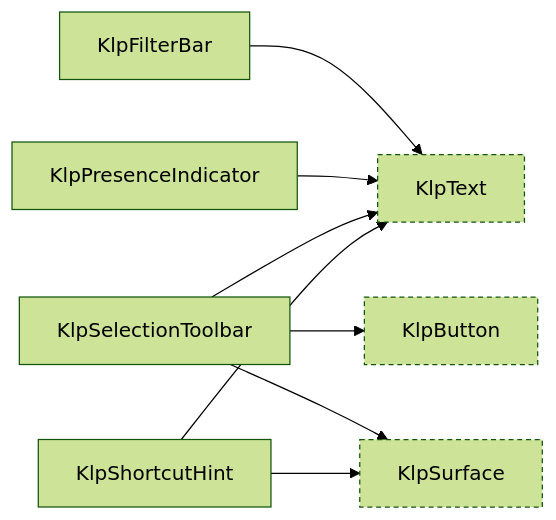
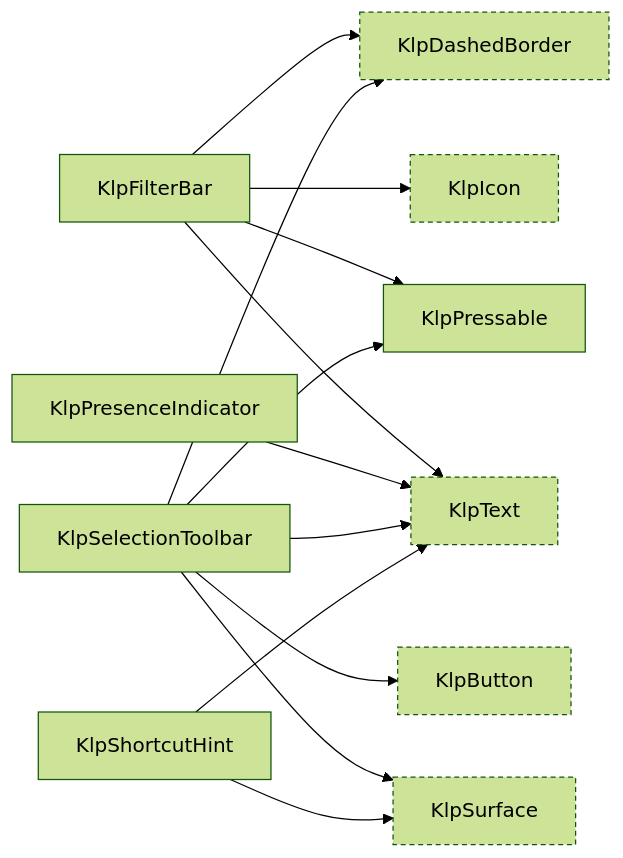
Before and after one commit to MiuDog/Kallopis: the sixth of 16 diagrams in spec/component-inventory.md, drawn with Mermaid (forest theme). The commit also changed other lines of this file and 17 other files, not shown here.

````diff
--- a/spec/component-inventory.md
+++ b/spec/component-inventory.md
@@ -292,18 +298,26 @@
 ```mermaid
 graph LR
   KlpButton["KlpButton"]:::external
+  KlpDashedBorder["KlpDashedBorder"]:::external
   KlpFilterBar["KlpFilterBar"]
+  KlpIcon["KlpIcon"]:::external
   KlpPresenceIndicator["KlpPresenceIndicator"]
+  KlpPressable["KlpPressable"]
   KlpSelectionToolbar["KlpSelectionToolbar"]
   KlpShortcutHint["KlpShortcutHint"]
   KlpSurface["KlpSurface"]:::external
   KlpText["KlpText"]:::external
+  KlpFilterBar --> KlpDashedBorder
+  KlpFilterBar --> KlpIcon
+  KlpFilterBar --> KlpPressable
   KlpFilterBar --> KlpText
   KlpPresenceIndicator --> KlpText
   KlpSelectionToolbar --> KlpButton
+  KlpSelectionToolbar --> KlpDashedBorder
+  KlpSelectionToolbar --> KlpPressable
   KlpSelectionToolbar --> KlpSurface
   KlpSelectionToolbar --> KlpText
   KlpShortcutHint --> KlpSurface
   KlpShortcutHint --> KlpText
   classDef external stroke-dasharray: 4 3;
 ```
````
